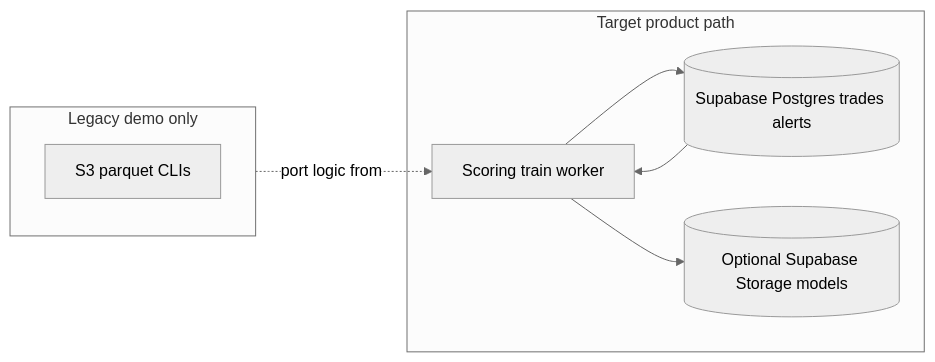
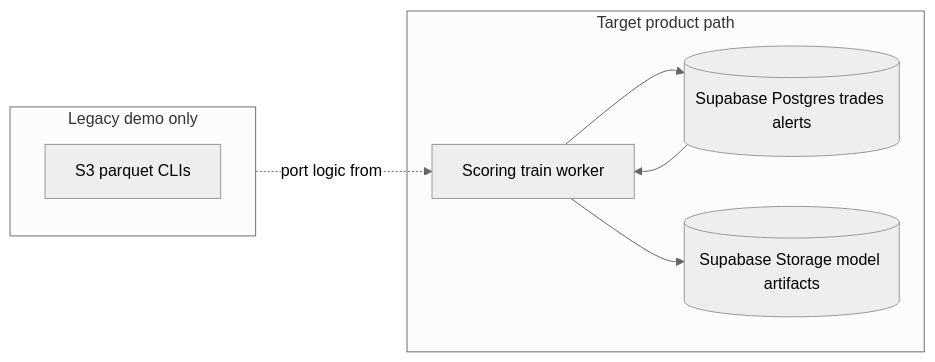
The second of 2 diagrams in docs/backend-ml-data-plane-plan.md (indraneelperumal/trade-surveillance-api), drawn with Mermaid (neutral theme) before and after one commit. The commit also changed other lines of this file, not shown here.

````diff
--- a/docs/backend-ml-data-plane-plan.md
+++ b/docs/backend-ml-data-plane-plan.md
@@ -49,15 +320,15 @@
 ```mermaid
 flowchart LR
   subgraph target [Target product path]
     SB[(Supabase Postgres trades alerts)]
     Worker[Scoring train worker]
-    Storage[(Optional Supabase Storage models)]
+    Storage[(Supabase Storage model artifacts)]
     SB --> Worker
     Worker --> SB
     Worker --> Storage
   end
   subgraph legacy [Legacy demo only]
     S3Pq[S3 parquet CLIs]
   end
   legacy -.->|port logic from| Worker
 ```
````
